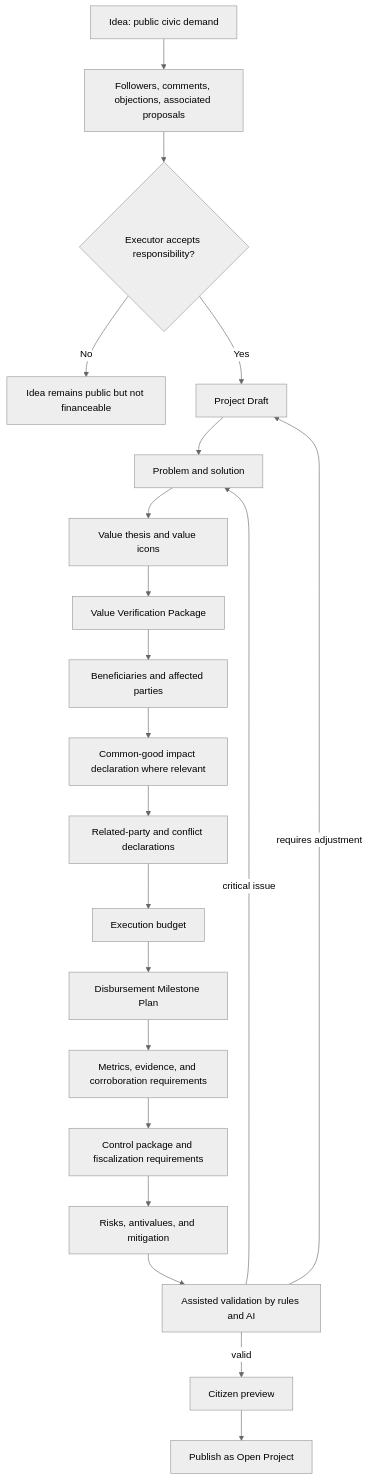
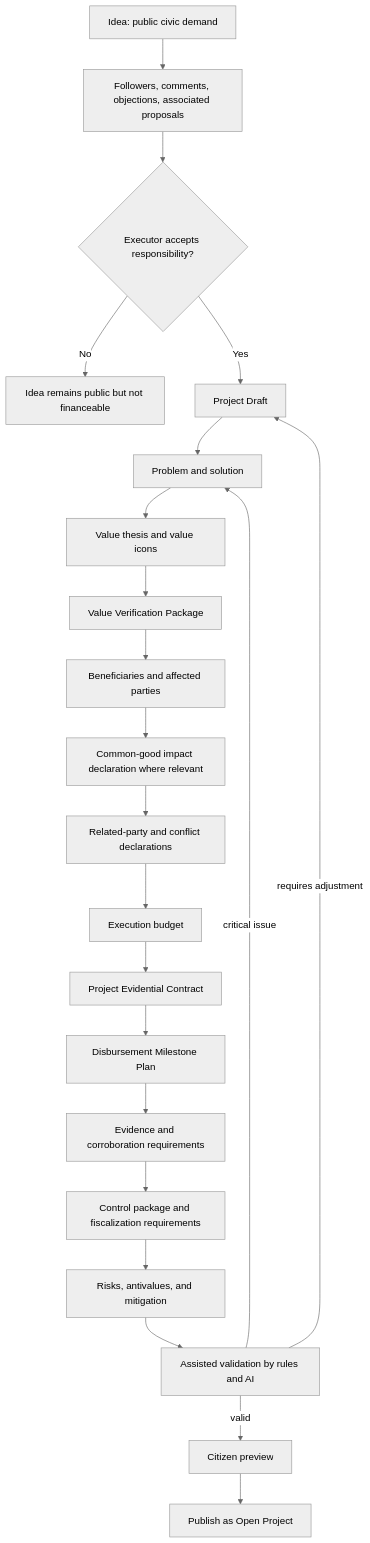
The diagram in docs/diagrams/v0-project-creation-publication.md (moffermann/distributed-governance-research), drawn with Mermaid (neutral theme) before and after one commit. The commit also changed other lines of this file and 19 other files, not shown here.

First line of the commit message:
Align H022 evidential contract

````diff
--- a/docs/diagrams/v0-project-creation-publication.md
+++ b/docs/diagrams/v0-project-creation-publication.md
@@ -9,26 +9,27 @@
 ```mermaid
 flowchart TD
     A[Idea: public civic demand]
     A --> A1[Followers, comments, objections, associated proposals]
     A1 --> E{Executor accepts responsibility?}
     E -->|No| A2[Idea remains public but not financeable]
     E -->|Yes| P[Project Draft]
 
     P --> B[Problem and solution]
     B --> C[Value thesis and value icons]
     C --> VVP[Value Verification Package]
     VVP --> D[Beneficiaries and affected parties]
     D --> CG[Common-good impact declaration where relevant]
     CG --> RPC[Related-party and conflict declarations]
     RPC --> F[Execution budget]
-    F --> MP[Disbursement Milestone Plan]
-    MP --> EV[Metrics, evidence, and corroboration requirements]
+    F --> EC[Project Evidential Contract]
+    EC --> MP[Disbursement Milestone Plan]
+    MP --> EV[Evidence and corroboration requirements]
     EV --> CTRL[Control package and fiscalization requirements]
     CTRL --> RA[Risks, antivalues, and mitigation]
     RA --> AS[Assisted validation by rules and AI]
 
     AS -->|critical issue| B
     AS -->|requires adjustment| P
     AS -->|valid| CP[Citizen preview]
     CP --> OP[Publish as Open Project]
 ```
````
